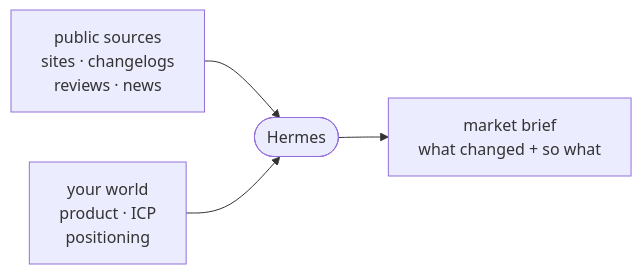
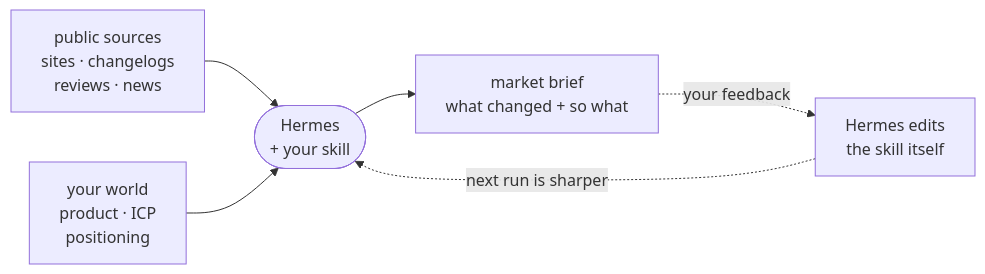
The diagram in docs/use-cases/competitor-market-watch.md (chrishart0/hermes-workshop), drawn with Mermaid before and after one commit. The commit also changed other lines of this file and 1 other file, not shown here.

````diff
--- a/docs/use-cases/competitor-market-watch.md
+++ b/docs/use-cases/competitor-market-watch.md
@@ -27,6 +28,8 @@
 ```mermaid
 flowchart LR
-    S["public sources<br/>sites · changelogs<br/>reviews · news"] --> A(["Hermes"])
+    S["public sources<br/>sites · changelogs<br/>reviews · news"] --> A(["Hermes<br/>+ your skill"])
     W["your world<br/>product · ICP<br/>positioning"] --> A
     A --> R["market brief<br/>what changed + so what"]
+    R -. "your feedback" .-> E["Hermes edits<br/>the skill itself"]
+    E -. "next run is sharper" .-> A
 ```
````
